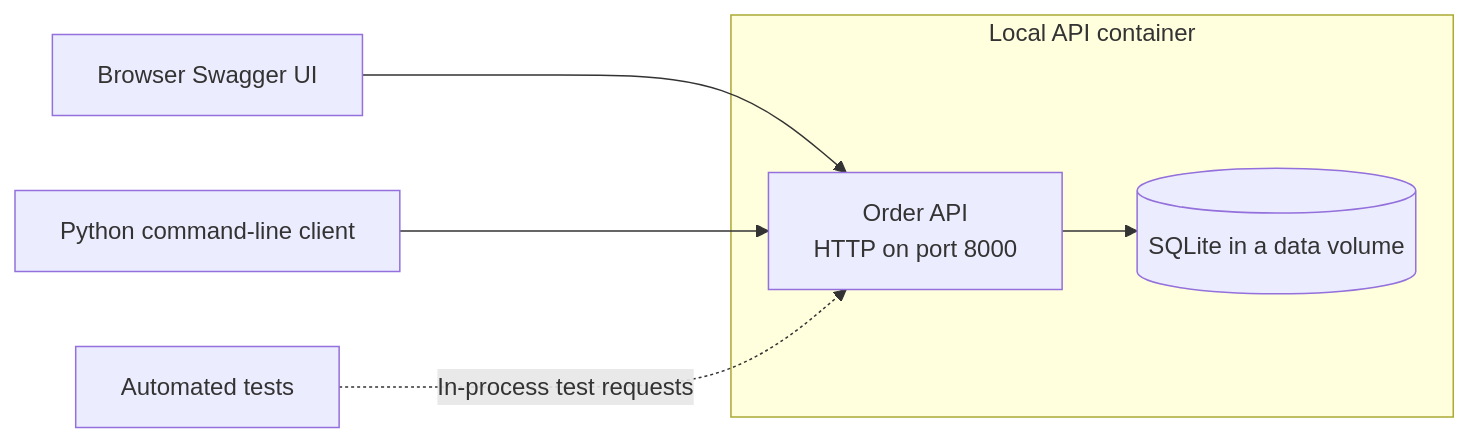
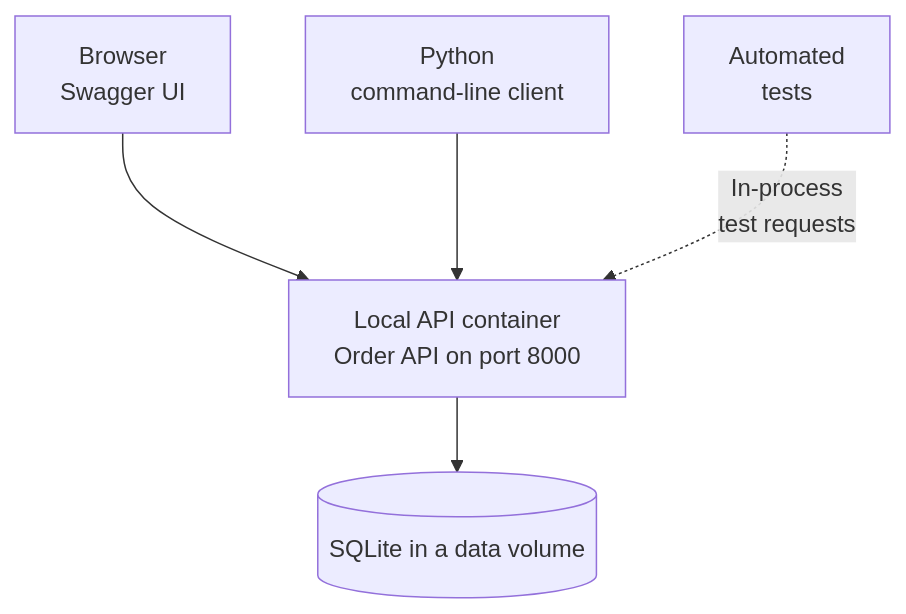
The sixth of 10 diagrams in rest-apis/training-guide.md (alikhawaja/training-plans), drawn with Mermaid before and after one commit. The commit also changed other lines of this file and 1 other file, not shown here.

Commit message:
Improve REST workshop diagram readability

````diff
--- a/rest-apis/training-guide.md
+++ b/rest-apis/training-guide.md
@@ -298,9 +306,7 @@
 ```mermaid
-flowchart LR
-    B["Browser Swagger UI"] --> A
-    P["Python command-line client"] --> A
-    T["Automated tests"] -. "In-process test requests" .-> A
-    subgraph D["Local API container"]
-        A["Order API<br/>HTTP on port 8000"] --> S[("SQLite in a data volume")]
-    end
+flowchart TB
+    B["Browser<br/>Swagger UI"] --> A
+    P["Python<br/>command-line client"] --> A
+    T["Automated<br/>tests"] -. "In-process<br/>test requests" .-> A
+    A["Local API container<br/>Order API on port 8000"] --> S[("SQLite in a data volume")]
 ```
````
